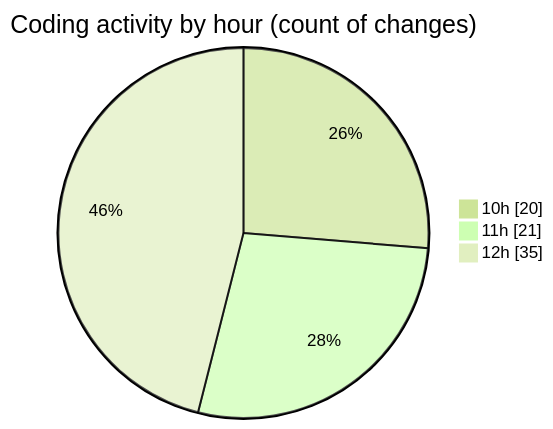
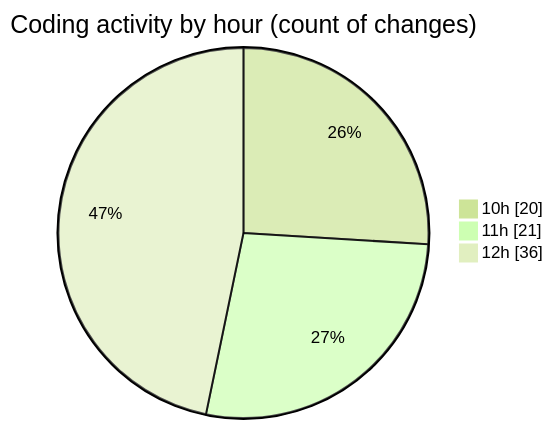
Before and after one commit to momahboobian/code-tracking: the second of 2 diagrams in 2025-05-20/cda/README.md, drawn with Mermaid (forest theme). The commit also changed other lines of this file and 1 other file, not shown here.

````diff
--- a/2025-05-20/cda/README.md
+++ b/2025-05-20/cda/README.md
@@ -42,7 +42,7 @@
 ```mermaid
 pie showData
 title Coding activity by hour (count of changes)
 "10h" : 20
 "11h" : 21
-"12h" : 35
+"12h" : 36
 ```
````
